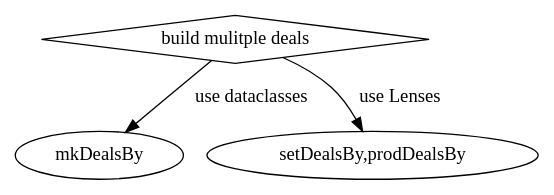
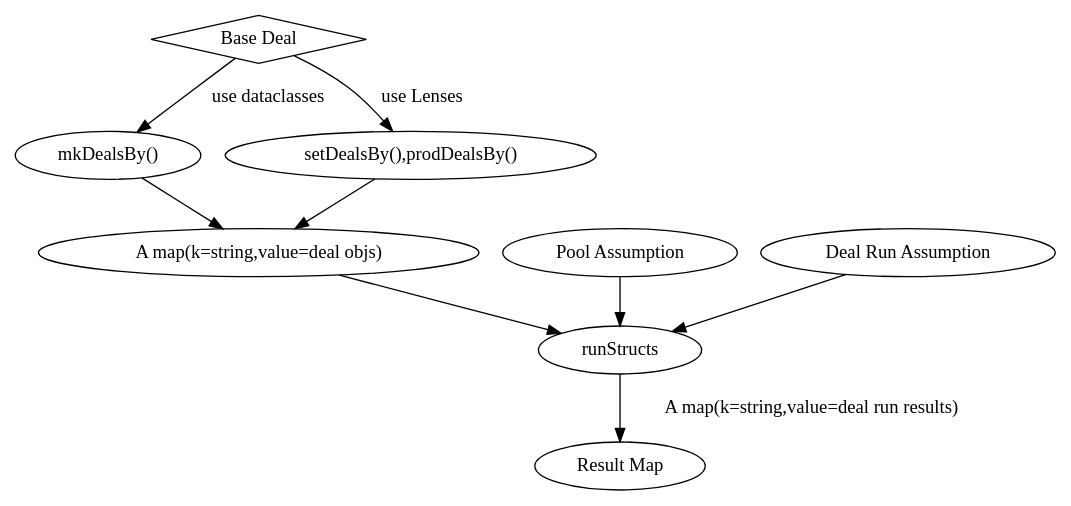
Before and after one commit to yellowbean/absbox-doc: the first of 2 diagrams in docs/source/howto.rst, drawn with Graphviz.

Commit message:
update workflow for structuring

```diff
--- a/docs/source/howto.rst
+++ b/docs/source/howto.rst
@@ -228,13 +228,18 @@
 .. graphviz::
     :name: sphinx.ext.graphviz
     :caption: build deal plans
     :alt: build deal plans
     :align: center
 
     digraph {
-        b -> "mkDealsBy" [label="use dataclasses"]
-        b -> "setDealsBy,prodDealsBy" [label="use Lenses"]
-        "setDealsBy,prodDealsBy"
-        "mkDealsBy"
-        b [shape=diamond, label="build mulitple deals"]
+        b -> "mkDealsBy()" [label="use dataclasses"]
+        b -> "setDealsBy(),prodDealsBy()" [label="use Lenses"]
+        "setDealsBy(),prodDealsBy()" -> Deals
+        "mkDealsBy()" -> Deals
+        Deals -> runStructs
+        "Pool Assumption" -> runStructs
+        "Deal Run Assumption" -> runStructs
+        Deals [label="A map(k=string,value=deal objs)"]
+        b [shape=diamond, label="Base Deal"]
+        runStructs -> "Result Map" [label="A map(k=string,value=deal run results)"]
     }
```
